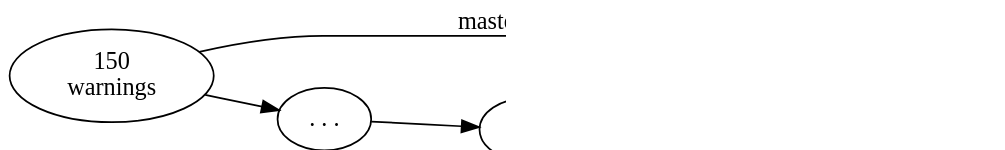
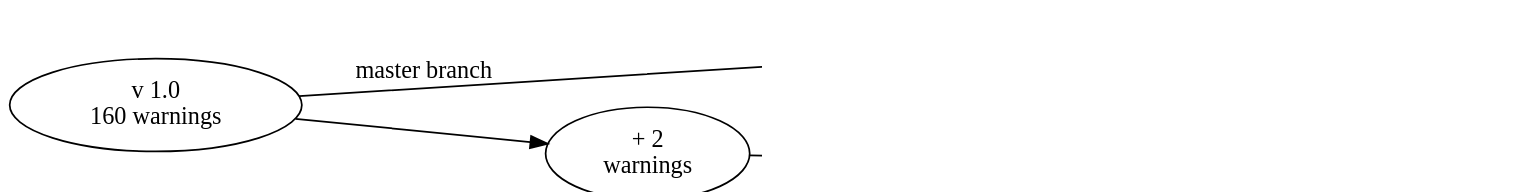
One commit to inponomarev/csa changed the third of 5 diagrams in src/main/asciidoc/csa.adoc. Above: the diagram before and after it, drawn with Graphviz. The commit also changed other lines of this file and 1 other file, not shown here.

Commit message:
better git graphs

```diff
--- a/src/main/asciidoc/csa.adoc
+++ b/src/main/asciidoc/csa.adoc
@@ -253,17 +274,19 @@
 [graphviz, "ratchet-p2.png"]
 -----
 digraph G {
   rankdir="LR";
   graph [ dpi = 150 ];
+  ri[label="v 1.0\n 160 warnings"];
+  ri -> r1 [label="master branch"];
   r1 -> r2 [label="master branch"];
-  b1 -> b3;
-  b3->b4;
-  r1->b1
-  r1[label="150\nwarnings"]
-  b1[label=". . ."]
-  b3[label=". . ."]
-  b4[label="fix"]
-  b4->r2
+  
+  ri ->b1;
+  r1[label="v 1.1\n 150 warnings"];
+  b1[label="+ 2\nwarnings"];
+  
+  b1->b2[xlabel="dev branch"];
+  b2->r2
+  b2[label="- 4\nwarnings"]
   r2[label="148\nwarnings", color="green", xlabel=<<font color="green">merge allowed</font>>]
 }
 -----
```
